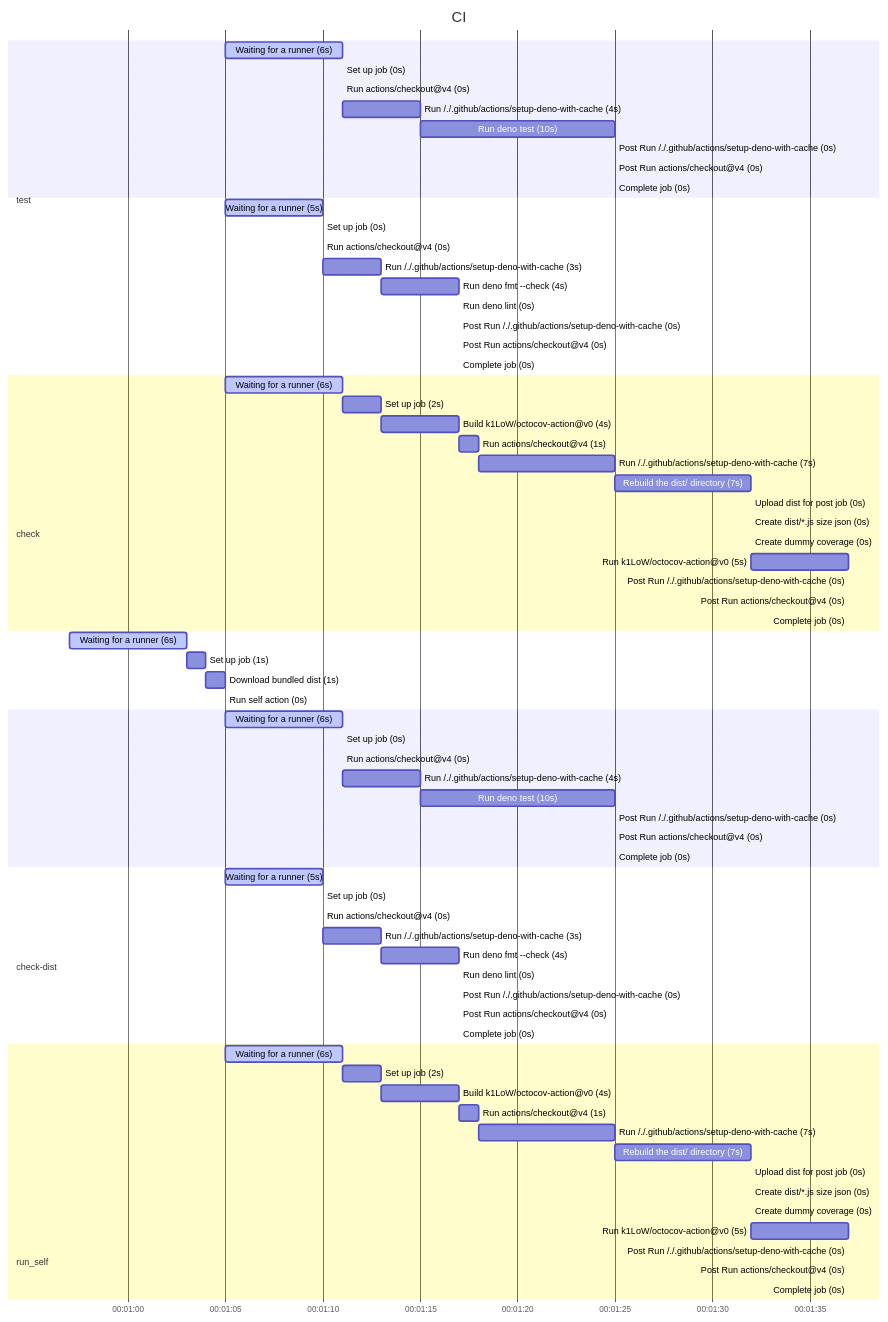
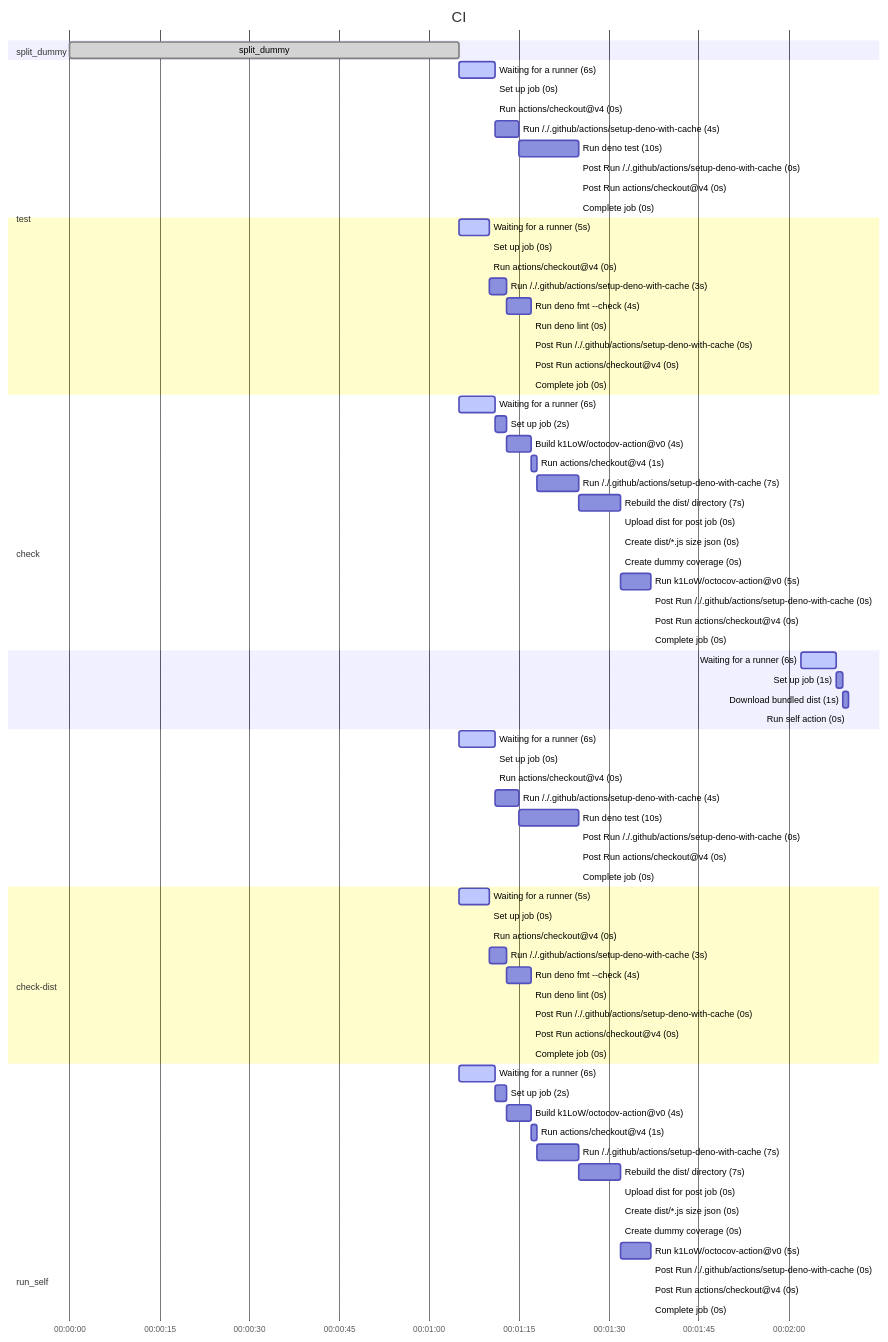
Before and after one commit to Kesin11/check_job_summary_limit: the diagram in char_within_limit2.md, drawn with Mermaid.

Commit message:
右詰めするためのダミーを追加してみる

````diff
--- a/char_within_limit2.md
+++ b/char_within_limit2.md
@@ -1,77 +1,79 @@
 ```mermaid
 gantt
 title CI
 dateFormat  HH:mm:ss
 axisFormat  %H:%M:%S
+section split_dummy
+split_dummy :done, job0-0, 00:00:00, 65s
 section test
 Waiting for a runner (6s) :active, job0-0, 00:01:05, 6s
 Set up job (0s) :job0-1, after job0-0, 0s
 Run actions/checkout@v4 (0s) :job0-2, after job0-1, 0s
 Run /./.github/actions/setup-deno-with-cache (4s) :job0-3, after job0-2, 4s
 Run deno test (10s) :job0-4, after job0-3, 10s
 Post Run /./.github/actions/setup-deno-with-cache (0s) :job0-5, after job0-4, 0s
 Post Run actions/checkout@v4 (0s) :job0-6, after job0-5, 0s
 Complete job (0s) :job0-7, after job0-6, 0s
 section check
 Waiting for a runner (5s) :active, job1-0, 00:01:05, 5s
 Set up job (0s) :job1-1, after job1-0, 0s
 Run actions/checkout@v4 (0s) :job1-2, after job1-1, 0s
 Run /./.github/actions/setup-deno-with-cache (3s) :job1-3, after job1-2, 3s
 Run deno fmt --check (4s) :job1-4, after job1-3, 4s
 Run deno lint (0s) :job1-5, after job1-4, 0s
 Post Run /./.github/actions/setup-deno-with-cache (0s) :job1-6, after job1-5, 0s
 Post Run actions/checkout@v4 (0s) :job1-7, after job1-6, 0s
 Complete job (0s) :job1-8, after job1-7, 0s
 section check-dist
 Waiting for a runner (6s) :active, job2-0, 00:01:05, 6s
 Set up job (2s) :job2-1, after job2-0, 2s
 Build k1LoW/octocov-action@v0 (4s) :job2-2, after job2-1, 4s
 Run actions/checkout@v4 (1s) :job2-3, after job2-2, 1s
 Run /./.github/actions/setup-deno-with-cache (7s) :job2-4, after job2-3, 7s
 Rebuild the dist/ directory (7s) :job2-5, after job2-4, 7s
 Upload dist for post job (0s) :job2-6, after job2-5, 0s
 Create dist/*.js size json (0s) :job2-7, after job2-6, 0s
 Create dummy coverage (0s) :job2-8, after job2-7, 0s
 Run k1LoW/octocov-action@v0 (5s) :job2-9, after job2-8, 5s
 Post Run /./.github/actions/setup-deno-with-cache (0s) :job2-10, after job2-9, 0s
 Post Run actions/checkout@v4 (0s) :job2-11, after job2-10, 0s
 Complete job (0s) :job2-12, after job2-11, 0s
 section run_self
-Waiting for a runner (6s) :active, job3-0, 00:00:57, 6s
+Waiting for a runner (6s) :active, job3-0, 00:02:02, 6s
 Set up job (1s) :job3-1, after job3-0, 1s
 Download bundled dist (1s) :job3-2, after job3-1, 1s
 Run self action (0s) :job3-3, after job3-2, 0s
 section test
 Waiting for a runner (6s) :active, job0-0, 00:01:05, 6s
 Set up job (0s) :job0-1, after job0-0, 0s
 Run actions/checkout@v4 (0s) :job0-2, after job0-1, 0s
 Run /./.github/actions/setup-deno-with-cache (4s) :job0-3, after job0-2, 4s
 Run deno test (10s) :job0-4, after job0-3, 10s
 Post Run /./.github/actions/setup-deno-with-cache (0s) :job0-5, after job0-4, 0s
 Post Run actions/checkout@v4 (0s) :job0-6, after job0-5, 0s
 Complete job (0s) :job0-7, after job0-6, 0s
 section check
 Waiting for a runner (5s) :active, job1-0, 00:01:05, 5s
 Set up job (0s) :job1-1, after job1-0, 0s
 Run actions/checkout@v4 (0s) :job1-2, after job1-1, 0s
 Run /./.github/actions/setup-deno-with-cache (3s) :job1-3, after job1-2, 3s
 Run deno fmt --check (4s) :job1-4, after job1-3, 4s
 Run deno lint (0s) :job1-5, after job1-4, 0s
 Post Run /./.github/actions/setup-deno-with-cache (0s) :job1-6, after job1-5, 0s
 Post Run actions/checkout@v4 (0s) :job1-7, after job1-6, 0s
 Complete job (0s) :job1-8, after job1-7, 0s
 section check-dist
 Waiting for a runner (6s) :active, job2-0, 00:01:05, 6s
 Set up job (2s) :job2-1, after job2-0, 2s
 Build k1LoW/octocov-action@v0 (4s) :job2-2, after job2-1, 4s
 Run actions/checkout@v4 (1s) :job2-3, after job2-2, 1s
 Run /./.github/actions/setup-deno-with-cache (7s) :job2-4, after job2-3, 7s
 Rebuild the dist/ directory (7s) :job2-5, after job2-4, 7s
 Upload dist for post job (0s) :job2-6, after job2-5, 0s
 Create dist/*.js size json (0s) :job2-7, after job2-6, 0s
 Create dummy coverage (0s) :job2-8, after job2-7, 0s
 Run k1LoW/octocov-action@v0 (5s) :job2-9, after job2-8, 5s
 Post Run /./.github/actions/setup-deno-with-cache (0s) :job2-10, after job2-9, 0s
 Post Run actions/checkout@v4 (0s) :job2-11, after job2-10, 0s
 Complete job (0s) :job2-12, after job2-11, 0s
 ```
````
